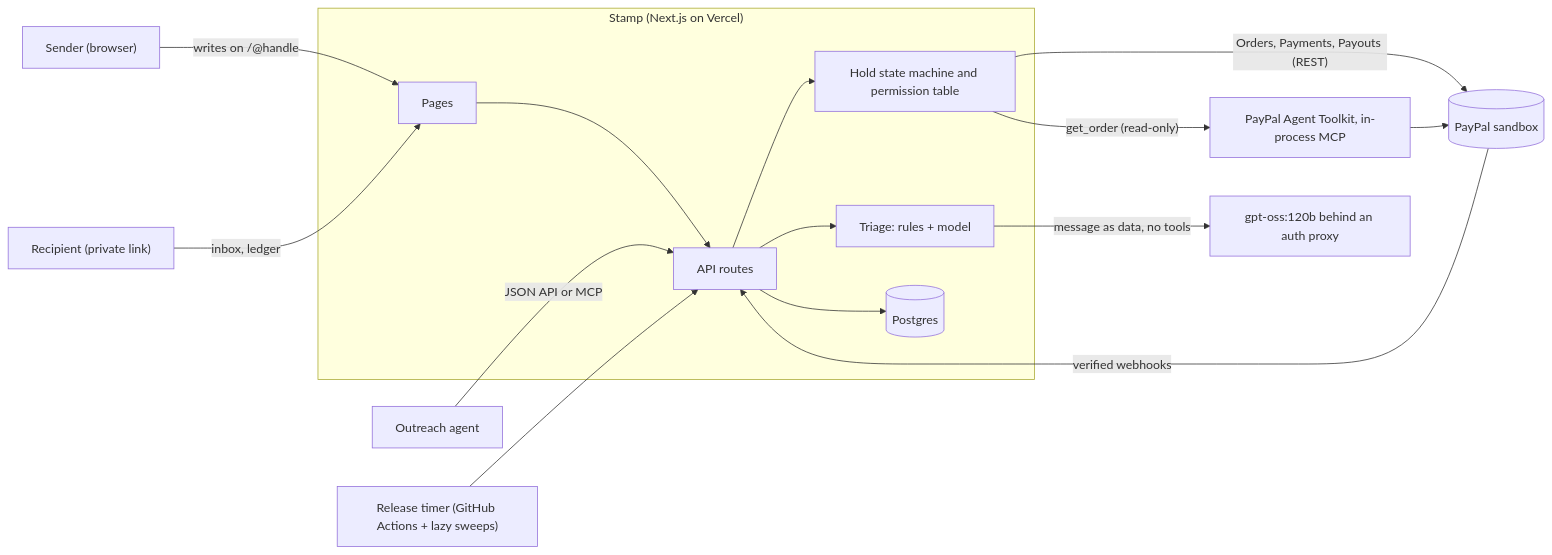
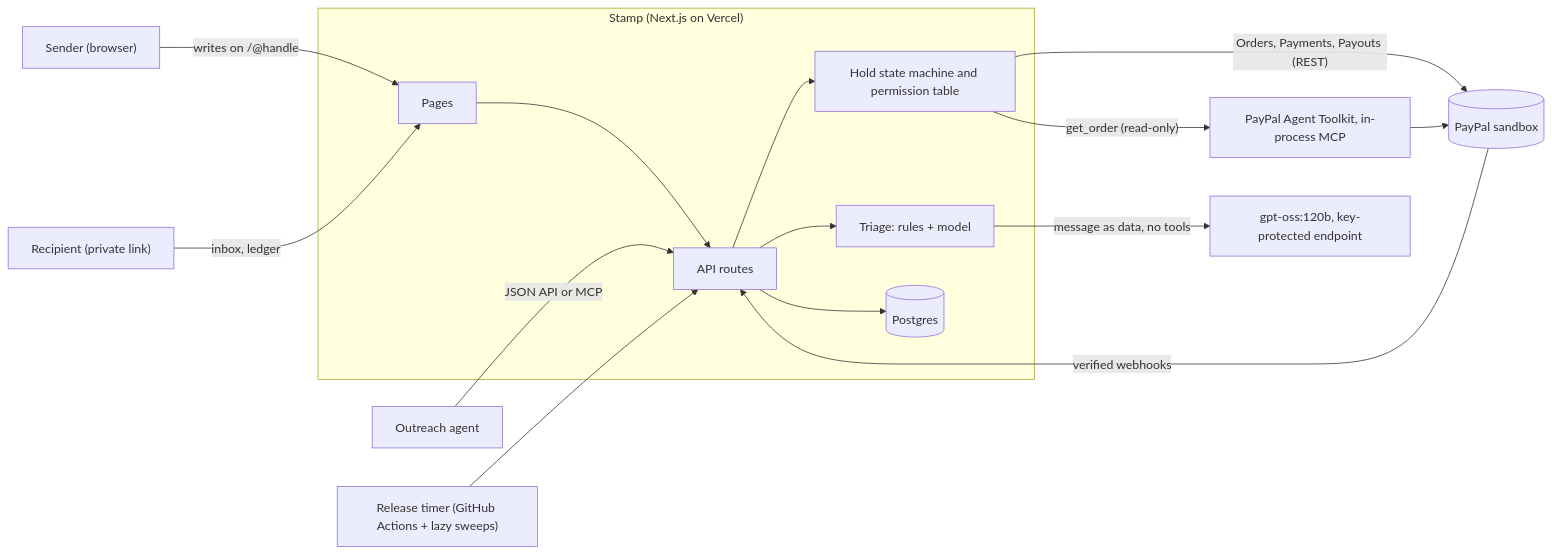
Before and after one commit to sarthak-1111/stamp: the first of 2 diagrams in README.md, drawn with Mermaid. The commit also changed other lines of this file and 3 other files, not shown here.

````diff
--- a/README.md
+++ b/README.md
@@ -61,18 +61,18 @@
 ```mermaid
 flowchart LR
   sender["Sender (browser)"] -->|"writes on /@handle"| pages
   agent["Outreach agent"] -->|"JSON API or MCP"| api
   recipient["Recipient (private link)"] -->|"inbox, ledger"| pages
   subgraph stamp["Stamp (Next.js on Vercel)"]
     pages["Pages"] --> api["API routes"]
     api --> machine["Hold state machine and permission table"]
     api --> triage["Triage: rules + model"]
     api --> db[("Postgres")]
   end
   machine -->|"Orders, Payments, Payouts (REST)"| paypal[("PayPal sandbox")]
   machine -->|"get_order (read-only)"| toolkit["PayPal Agent Toolkit, in-process MCP"]
   toolkit --> paypal
   paypal -->|"verified webhooks"| api
   timer["Release timer (GitHub Actions + lazy sweeps)"] --> api
-  triage -->|"message as data, no tools"| model["gpt-oss:120b behind an auth proxy"]
+  triage -->|"message as data, no tools"| model["gpt-oss:120b, key-protected endpoint"]
 ```
````
